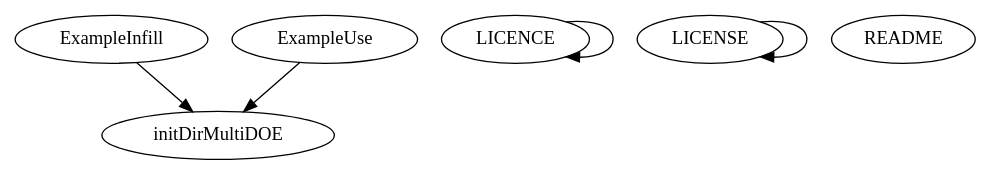
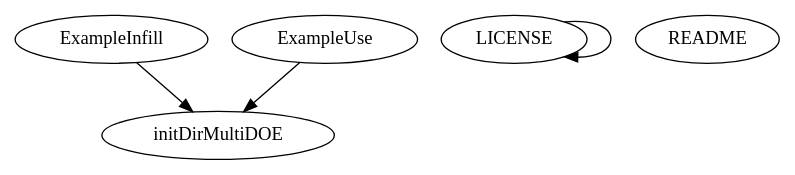
Before and after one commit to luclaurent/MultiDOE: the diagram in doc/MultiDOE/graph.dot, drawn with Graphviz. The commit also changed 100 other files, not shown here.

```diff
--- a/doc/MultiDOE/graph.dot
+++ b/doc/MultiDOE/graph.dot
@@ -1,14 +1,12 @@
 /* Created by mdot for Matlab */
 digraph m2html {
   ExampleInfill -> initDirMultiDOE;
   ExampleUse -> initDirMultiDOE;
-  LICENCE -> LICENCE;
   LICENSE -> LICENSE;
 
   ExampleInfill [URL="ExampleInfill.html"];
   ExampleUse [URL="ExampleUse.html"];
-  LICENCE [URL="LICENCE.html"];
   LICENSE [URL="LICENSE.html"];
   README [URL="README.html"];
   initDirMultiDOE [URL="initDirMultiDOE.html"];
 }
```
